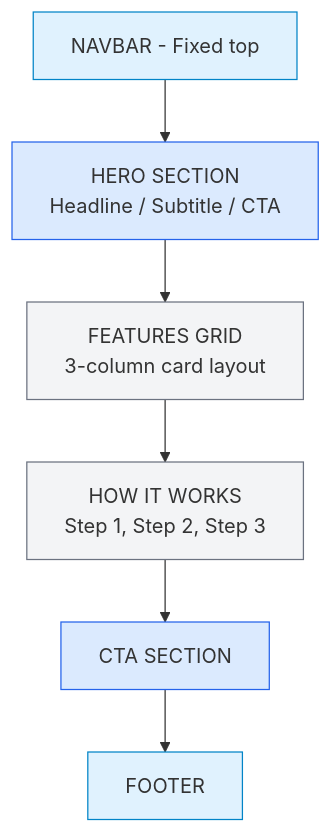
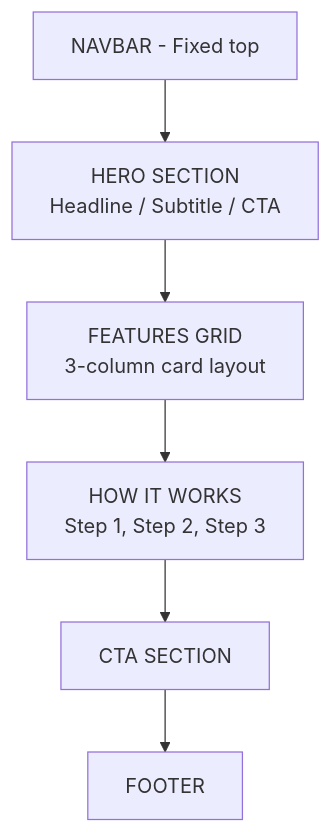
One commit to cis-ieee-mbu/crafting-the-web changed the first of 2 diagrams in 03-research/research.md. Above: the diagram before and after it, drawn with Mermaid. The commit also changed other lines of this file and 13 other files, not shown here.

Commit message:
Updated documentation and fixed Mermaid diagram compatibility

````diff
--- a/03-research/research.md
+++ b/03-research/research.md
@@ -82,18 +82,11 @@
 ```mermaid
 flowchart TD
     Navbar["NAVBAR - Fixed top"]
-    Hero["HERO SECTION\nHeadline / Subtitle / CTA"]
-    Features["FEATURES GRID\n3-column card layout"]
-    HowItWorks["HOW IT WORKS\nStep 1, Step 2, Step 3"]
+    Hero["HERO SECTION<br/>Headline / Subtitle / CTA"]
+    Features["FEATURES GRID<br/>3-column card layout"]
+    HowItWorks["HOW IT WORKS<br/>Step 1, Step 2, Step 3"]
     CTA["CTA SECTION"]
     Footer["FOOTER"]
 
     Navbar --> Hero --> Features --> HowItWorks --> CTA --> Footer
-
-    style Navbar fill:#e0f2fe,stroke:#0284c7
-    style Hero fill:#dbeafe,stroke:#2563eb
-    style Features fill:#f3f4f6,stroke:#6b7280
-    style HowItWorks fill:#f3f4f6,stroke:#6b7280
-    style CTA fill:#dbeafe,stroke:#2563eb
-    style Footer fill:#e0f2fe,stroke:#0284c7
 ```
````
